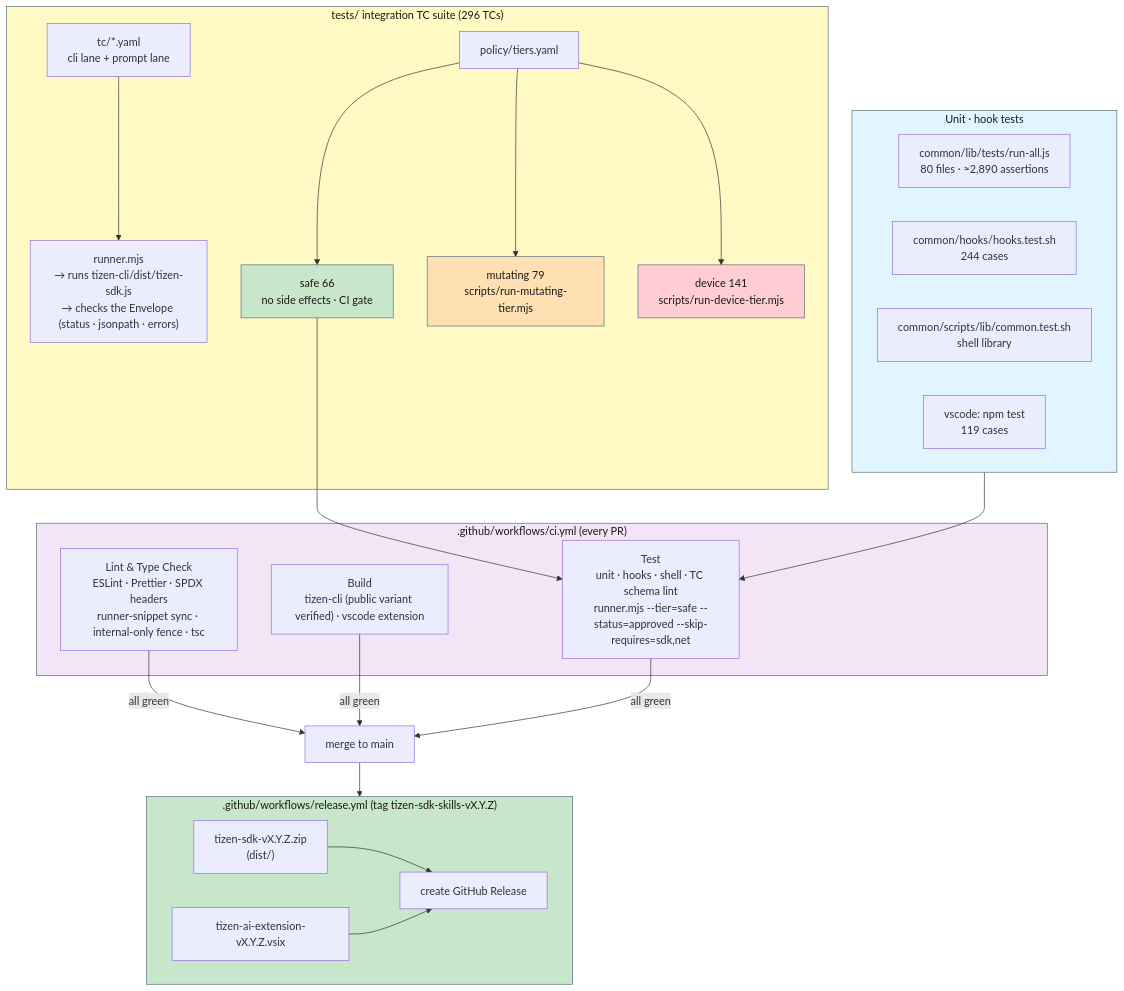
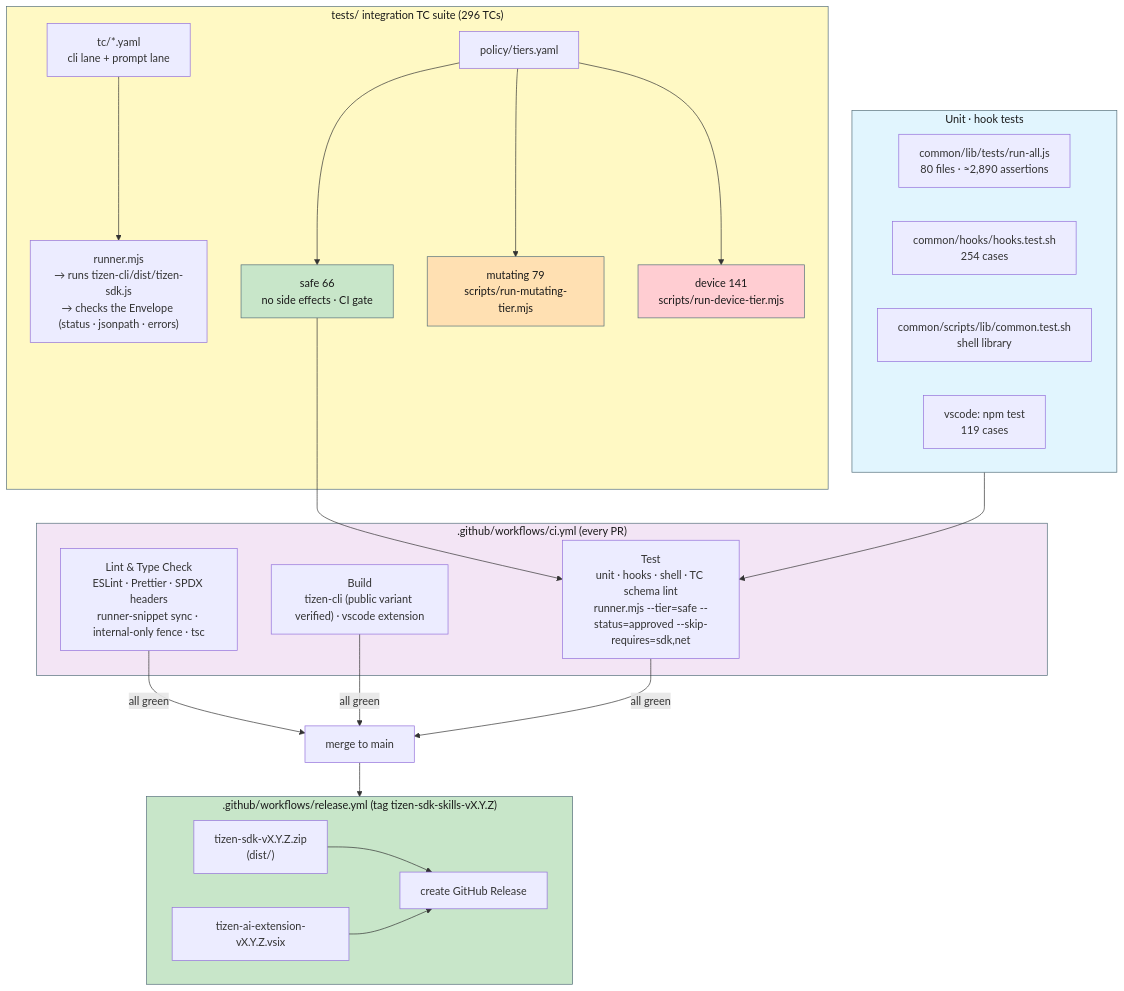
The tenth of 10 diagrams in tizen-sdk-skills/docs/ARCHITECTURE_DIAGRAMS.en.md (Samsung/tizen-agent-skills), drawn with Mermaid before and after one commit. The commit also changed other lines of this file and 5 other files, not shown here.

````diff
--- a/tizen-sdk-skills/docs/ARCHITECTURE_DIAGRAMS.en.md
+++ b/tizen-sdk-skills/docs/ARCHITECTURE_DIAGRAMS.en.md
@@ -449,45 +449,45 @@
 ```mermaid
 graph TB
     subgraph UNIT["Unit · hook tests"]
         UT["common/lib/tests/run-all.js<br/>80 files · ≈2,890 assertions"]
-        HT["common/hooks/hooks.test.sh<br/>244 cases"]
+        HT["common/hooks/hooks.test.sh<br/>254 cases"]
         SLT["common/scripts/lib/common.test.sh<br/>shell library"]
         VT["vscode: npm test<br/>119 cases"]
     end
 
     subgraph SUITE["tests/ integration TC suite (296 TCs)"]
         TC["tc/*.yaml<br/>cli lane + prompt lane"]
         RUNNER["runner.mjs<br/>→ runs tizen-cli/dist/tizen-sdk.js<br/>→ checks the Envelope (status · jsonpath · errors)"]
         TIERS["policy/tiers.yaml"]
         SAFE["safe 66<br/>no side effects · CI gate"]
         MUT["mutating 79<br/>scripts/run-mutating-tier.mjs"]
         DEV["device 141<br/>scripts/run-device-tier.mjs"]
         TC --> RUNNER
         TIERS --> SAFE & MUT & DEV
     end
 
     subgraph CI[".github/workflows/ci.yml (every PR)"]
         J1["Lint & Type Check<br/>ESLint · Prettier · SPDX headers<br/>runner-snippet sync · internal-only fence · tsc"]
         J2["Build<br/>tizen-cli (public variant verified) · vscode extension"]
         J3["Test<br/>unit · hooks · shell · TC schema lint<br/>runner.mjs --tier=safe --status=approved --skip-requires=sdk,net"]
     end
 
     subgraph REL[".github/workflows/release.yml (tag tizen-sdk-skills-vX.Y.Z)"]
         R1["tizen-sdk-vX.Y.Z.zip<br/>(dist/)"]
         R2["tizen-ai-extension-vX.Y.Z.vsix"]
         R3["create GitHub Release"]
         R1 & R2 --> R3
     end
 
     UNIT --> J3
     SAFE --> J3
     J1 & J2 & J3 -->|"all green"| MERGE["merge to main"] --> REL
 
     style UNIT fill:#e1f5fe,stroke:#546e7a,color:#1a1a1a
     style SUITE fill:#fff9c4,stroke:#546e7a,color:#1a1a1a
     style SAFE fill:#c8e6c9,stroke:#546e7a,color:#1a1a1a
     style MUT fill:#ffe0b2,stroke:#546e7a,color:#1a1a1a
     style DEV fill:#ffcdd2,stroke:#546e7a,color:#1a1a1a
     style CI fill:#f3e5f5,stroke:#546e7a,color:#1a1a1a
     style REL fill:#c8e6c9,stroke:#546e7a,color:#1a1a1a
 ```
````
